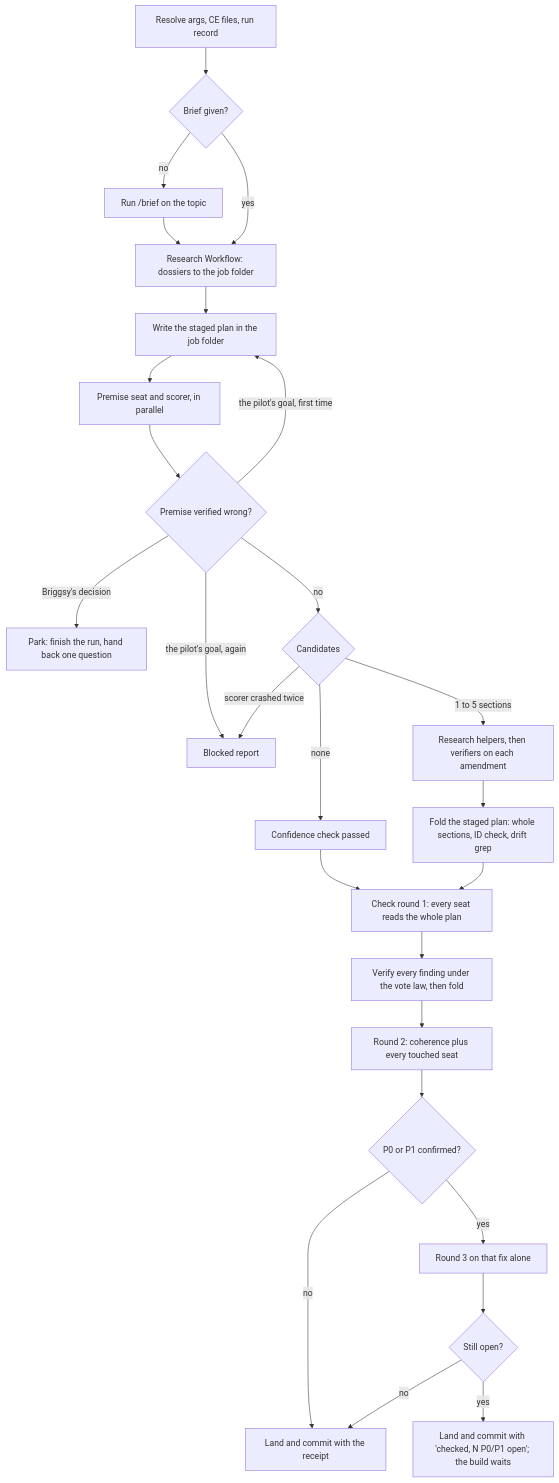
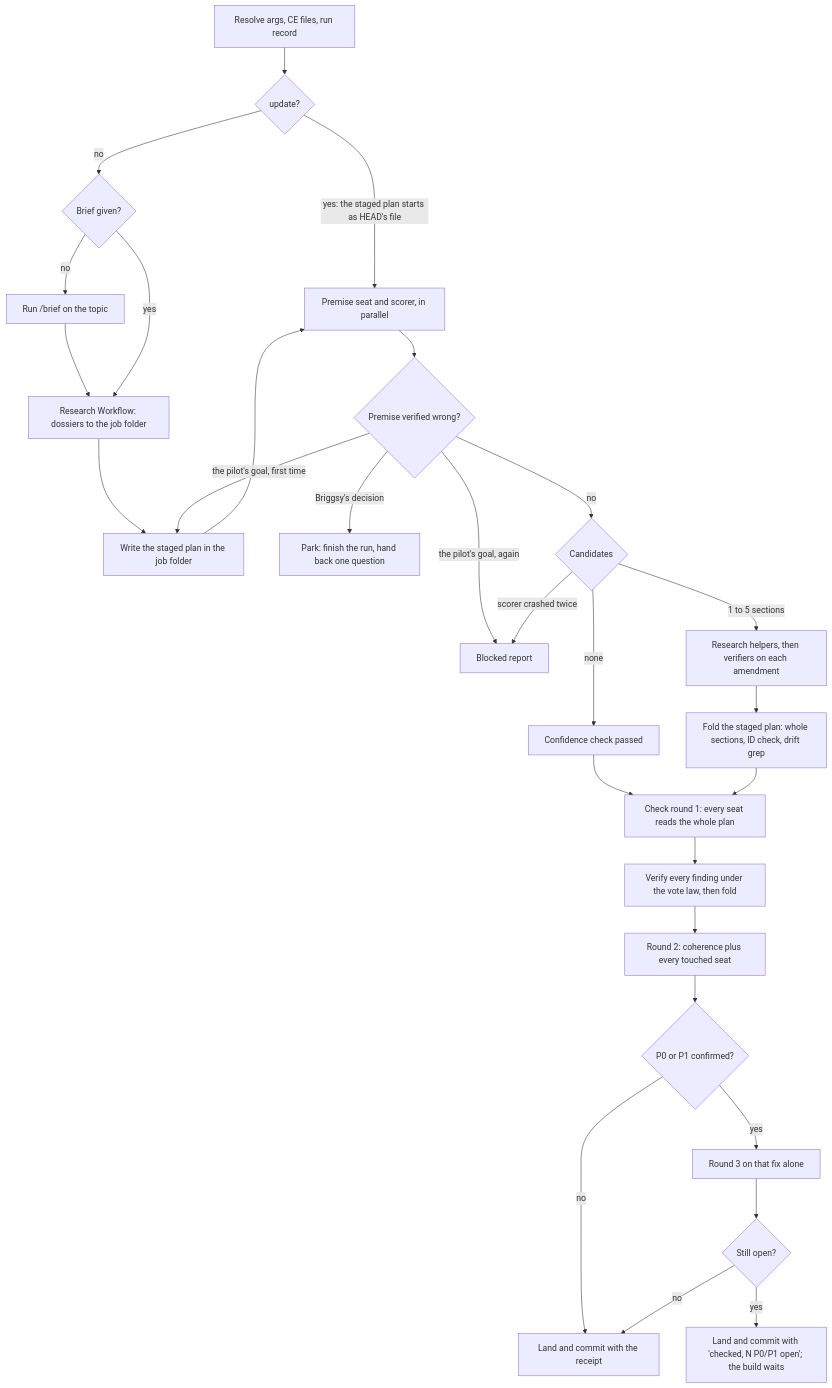
The second of 3 diagrams in projects/skills/ultramode-plan/docs/plans/hybrid-plan-step-plan.md (mbriggsy/ai-learning-journey), drawn with Mermaid before and after one commit. The commit also changed other lines of this file, not shown here.

````diff
--- a/projects/skills/ultramode-plan/docs/plans/hybrid-plan-step-plan.md
+++ b/projects/skills/ultramode-plan/docs/plans/hybrid-plan-step-plan.md
@@ -233,27 +240,29 @@
 ```mermaid
 flowchart TB
-  A[Resolve args, CE files, run record] --> B{Brief given?}
+  A[Resolve args, CE files, run record] --> UP{update?}
+  UP -->|yes: the staged plan starts as HEAD's file| E
+  UP -->|no| B{Brief given?}
   B -->|no| B1[Run /brief on the topic] --> C
   B -->|yes| C[Research Workflow: dossiers to the job folder]
   C --> D[Write the staged plan in the job folder]
   D --> E[Premise seat and scorer, in parallel]
   E --> E1{Premise verified wrong?}
   E1 -->|the pilot's goal, first time| D
   E1 -->|the pilot's goal, again| X[Blocked report]
   E1 -->|Briggsy's decision| P[Park: finish the run, hand back one question]
   E1 -->|no| F{Candidates}
   F -->|scorer crashed twice| X
   F -->|none| G[Confidence check passed]
   F -->|1 to 5 sections| H[Research helpers, then verifiers on each amendment]
   H --> I[Fold the staged plan: whole sections, ID check, drift grep]
   G --> J[Check round 1: every seat reads the whole plan]
   I --> J
   J --> K[Verify every finding under the vote law, then fold]
   K --> L[Round 2: coherence plus every touched seat]
   L --> M{P0 or P1 confirmed?}
   M -->|no| N[Land and commit with the receipt]
   M -->|yes| O[Round 3 on that fix alone]
   O --> Q{Still open?}
   Q -->|no| N
-  Q -->|yes| R[Land and commit with 'checked, N P0/P1 open'; the build waits]
+  Q -->|yes| R["Land and commit with 'checked, N P0/P1 open'; the build waits"]
 ```
````
